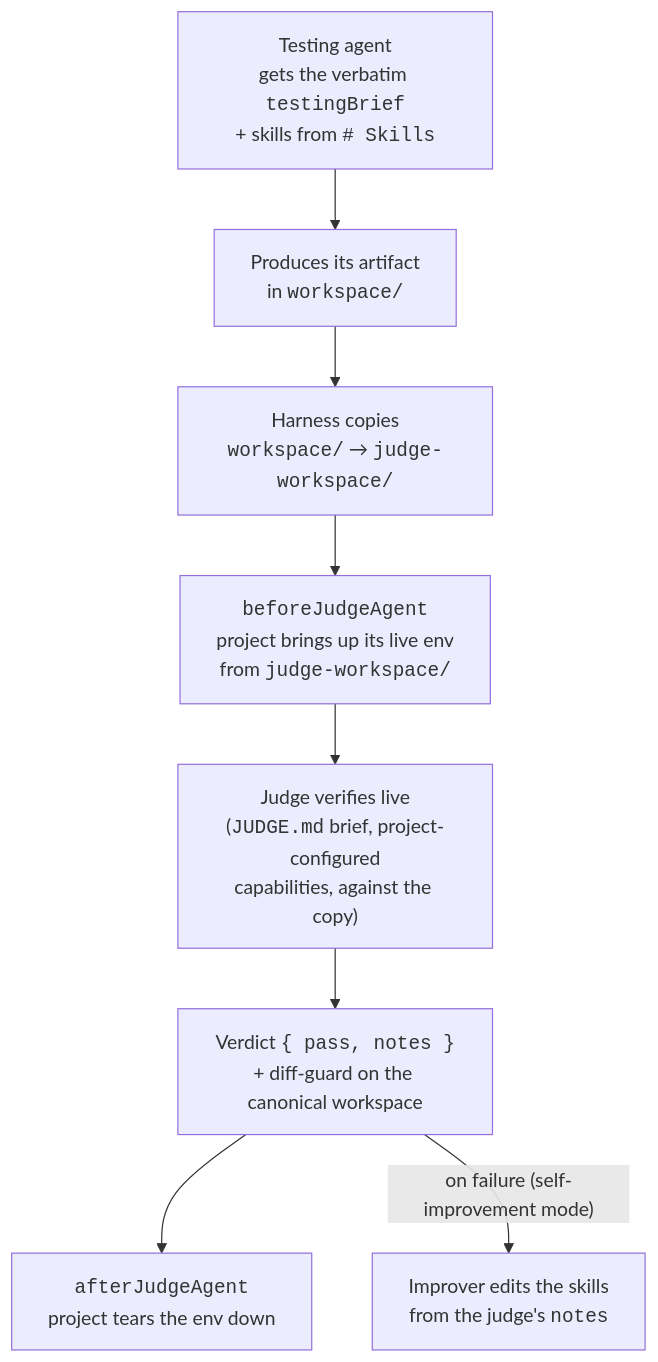
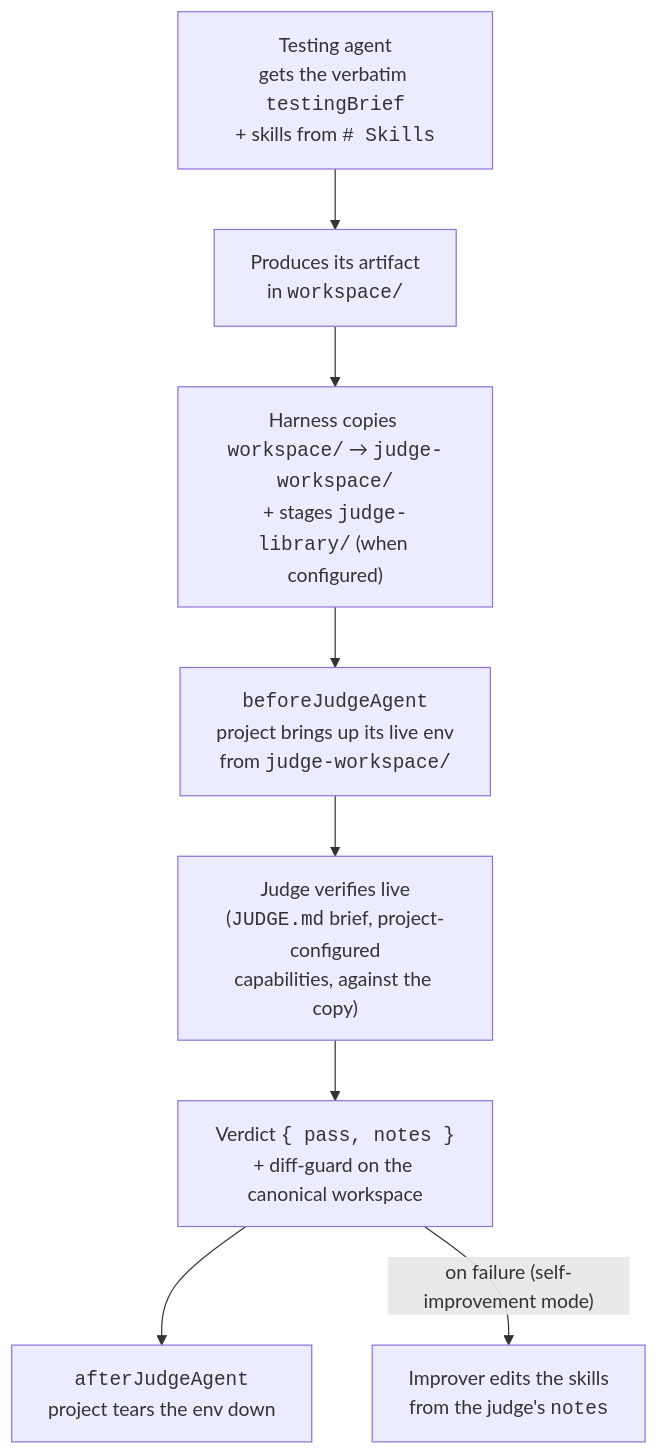
Before and after one commit to Automattic/skill-smith: the diagram in README.md, drawn with Mermaid. The commit also changed other lines of this file, not shown here.

First line of the commit message:
Realign README lifecycle, diagram, and report schema to the shipped run (docs-writer)

````diff
--- a/README.md
+++ b/README.md
@@ -89,11 +89,11 @@
 ```mermaid
 flowchart TD
     A["Testing agent<br/>gets the verbatim <code>testingBrief</code><br/>+ skills from <code># Skills</code>"]
     A --> B["Produces its artifact<br/>in <code>workspace/</code>"]
-    B --> C["Harness copies<br/><code>workspace/</code> → <code>judge-workspace/</code>"]
+    B --> C["Harness copies <code>workspace/</code> → <code>judge-workspace/</code><br/>+ stages <code>judge-library/</code> (when configured)"]
     C --> D["<code>beforeJudgeAgent</code><br/>project brings up its live env<br/>from <code>judge-workspace/</code>"]
     D --> E["Judge verifies live<br/>(<code>JUDGE.md</code> brief, project-configured<br/>capabilities, against the copy)"]
     E --> F["Verdict <code>{ pass, notes }</code><br/>+ diff-guard on the canonical workspace"]
     F --> G["<code>afterJudgeAgent</code><br/>project tears the env down"]
     F -- "on failure (self-improvement mode)" --> H["Improver edits the skills<br/>from the judge's <code>notes</code>"]
 ```
````
